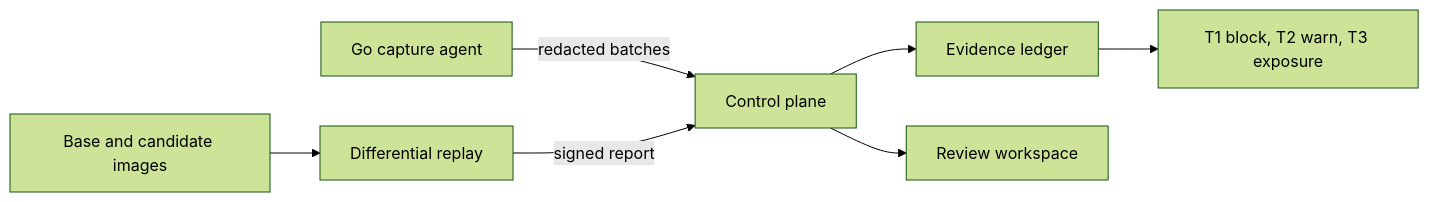
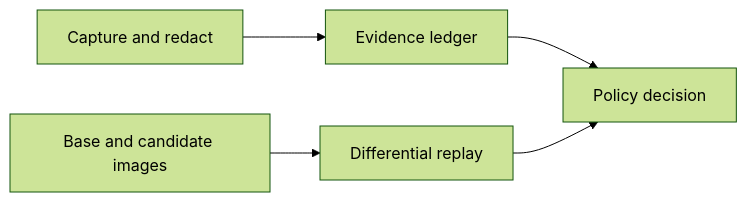
The diagram in README.md (Mithun1504/hyrum), drawn with Mermaid (forest theme) before and after one commit. The commit also changed other lines of this file and 12 other files, not shown here.

````diff
--- a/README.md
+++ b/README.md
@@ -13,9 +13,7 @@
 ```mermaid
 flowchart LR
-  A["Go capture agent"] -->|"redacted batches"| B["Control plane"]
-  B --> C["Evidence ledger"]
-  D["Base and candidate images"] --> E["Differential replay"]
-  E -->|"signed report"| B
-  C --> F["T1 block, T2 warn, T3 exposure"]
-  B --> G["Review workspace"]
+  A["Capture and redact"] --> B["Evidence ledger"]
+  C["Base and candidate images"] --> D["Differential replay"]
+  B --> E["Policy decision"]
+  D --> E
 ```
````
